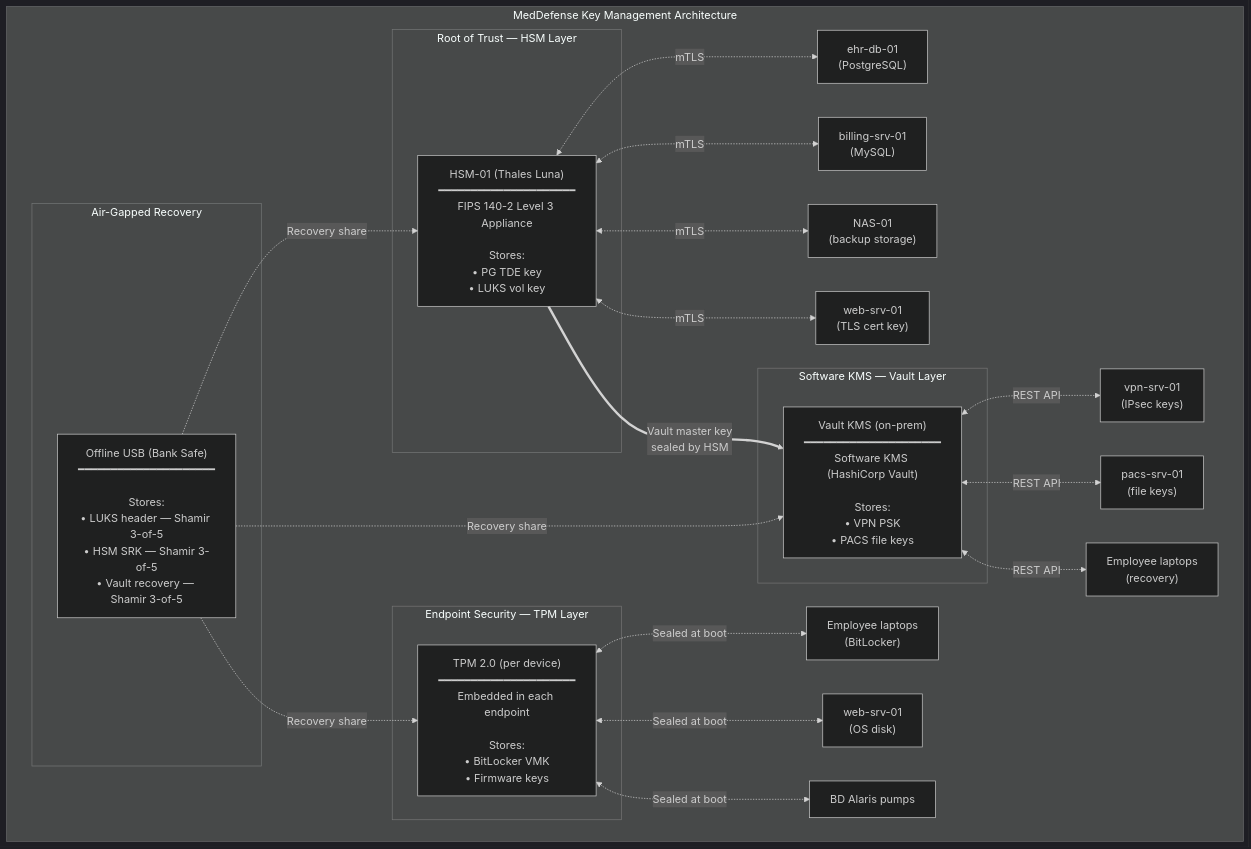
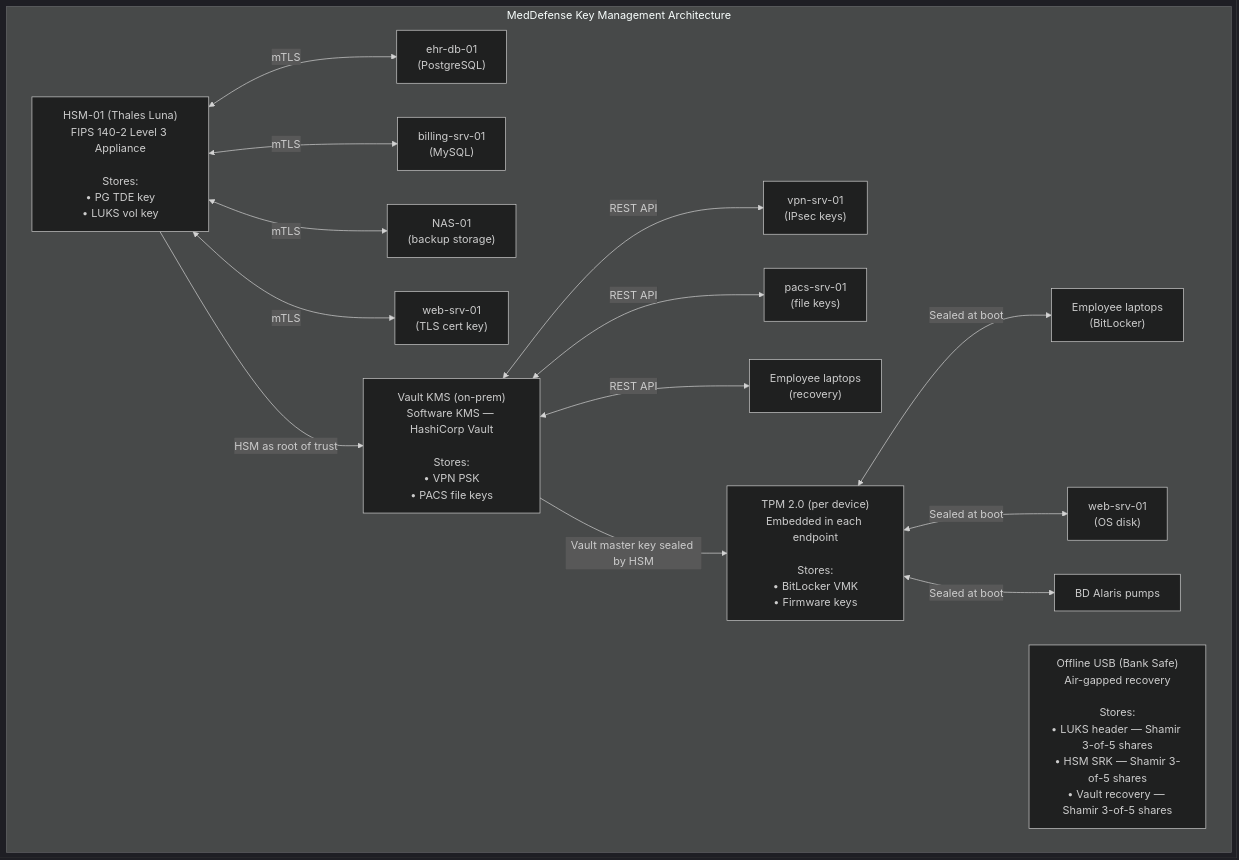
The diagram in blue_team/1x04_crypto_foundation/14-key_management.md (sreilly1977/dlh-cyber_security), drawn with Mermaid (dark theme) before and after one commit. The commit also changed other lines of this file, not shown here.

Commit message:
Second attempt at 14-key_management.md

````diff
--- a/blue_team/1x04_crypto_foundation/14-key_management.md
+++ b/blue_team/1x04_crypto_foundation/14-key_management.md
@@ -132,40 +176,43 @@
 ```mermaid
 flowchart TD
     subgraph Arch["MedDefense Key Management Architecture"]
 
-        subgraph Layer1["Root of Trust — HSM Layer"]
-            HSM["HSM-01 (Thales Luna)<br/>━━━━━━━━━━━━━━━━━━━━━<br/>FIPS 140-2 Level 3 Appliance<br/><br/>Stores:<br/>• PG TDE key<br/>• LUKS vol key"]
-        end
+        HSM["HSM-01 (Thales Luna)<br/>FIPS 140-2 Level 3 Appliance<br/><br/>Stores:<br/>• PG TDE key<br/>• LUKS vol key"]
 
-        HSM <-. mTLS .-> EHR["ehr-db-01<br/>(PostgreSQL)"]
-        HSM <-. mTLS .-> BILL["billing-srv-01<br/>(MySQL)"]
-        HSM <-. mTLS .-> NAS["NAS-01<br/>(backup storage)"]
-        HSM <-. mTLS .-> WEBSRV["web-srv-01<br/>(TLS cert key)"]
+        EHR["ehr-db-01<br/>(PostgreSQL)"]
+        BILL["billing-srv-01<br/>(MySQL)"]
+        NAS["NAS-01<br/>(backup storage)"]
+        WEBSRV["web-srv-01<br/>(TLS cert key)"]
 
-        subgraph Layer2["Software KMS — Vault Layer"]
-            VAULT["Vault KMS (on-prem)<br/>━━━━━━━━━━━━━━━━━━━━━<br/>Software KMS (HashiCorp Vault)<br/><br/>Stores:<br/>• VPN PSK<br/>• PACS file keys"]
-        end
+        HSM <-- mTLS --> EHR
+        HSM <-- mTLS --> BILL
+        HSM <-- mTLS --> NAS
+        HSM <-- mTLS --> WEBSRV
 
-        HSM ==>|"Vault master key<br/>sealed by HSM"| VAULT
+        HSM -->|"HSM as root of trust"| VAULT
 
-        VAULT <-. REST API .-> VPN["vpn-srv-01<br/>(IPsec keys)"]
-        VAULT <-. REST API .-> PACS["pacs-srv-01<br/>(file keys)"]
-        VAULT <-. REST API .-> LAPREC["Employee laptops<br/>(recovery)"]
+        VAULT["Vault KMS (on-prem)<br/>Software KMS — HashiCorp Vault<br/><br/>Stores:<br/>• VPN PSK<br/>• PACS file keys"]
 
-        subgraph Layer3["Endpoint Security — TPM Layer"]
-            TPM["TPM 2.0 (per device)<br/>━━━━━━━━━━━━━━━━━━━━━<br/>Embedded in each endpoint<br/><br/>Stores:<br/>• BitLocker VMK<br/>• Firmware keys"]
-        end
+        VPN["vpn-srv-01<br/>(IPsec keys)"]
+        PACS["pacs-srv-01<br/>(file keys)"]
+        LAPREC["Employee laptops<br/>(recovery)"]
 
-        TPM <-. Sealed at boot .-> BL_LT["Employee laptops<br/>(BitLocker)"]
-        TPM <-. Sealed at boot .-> BL_WEB["web-srv-01<br/>(OS disk)"]
-        TPM <-. Sealed at boot .-> BL_ALARIS["BD Alaris pumps"]
+        VAULT <-- REST API --> VPN
+        VAULT <-- REST API --> PACS
+        VAULT <-- REST API --> LAPREC
 
-        subgraph Layer4["Air-Gapped Recovery"]
-            USB["Offline USB (Bank Safe)<br/>━━━━━━━━━━━━━━━━━━━━━<br/><br/>Stores:<br/>• LUKS header — Shamir 3-of-5<br/>• HSM SRK — Shamir 3-of-5<br/>• Vault recovery — Shamir 3-of-5"]
-        end
+        VAULT -->|"Vault master key sealed by HSM"| TPM
 
-        USB -.->|"Recovery share"| HSM
-        USB -.->|"Recovery share"| VAULT
-        USB -.->|"Recovery share"| TPM
+        TPM["TPM 2.0 (per device)<br/>Embedded in each endpoint<br/><br/>Stores:<br/>• BitLocker VMK<br/>• Firmware keys"]
+
+        LAPBL["Employee laptops<br/>(BitLocker)"]
+        WEBOS["web-srv-01<br/>(OS disk)"]
+        ALARIS["BD Alaris pumps"]
+
+        TPM <-- Sealed at boot --> LAPBL
+        TPM <-- Sealed at boot --> WEBOS
+        TPM <-- Sealed at boot --> ALARIS
+
+        USB["Offline USB (Bank Safe)<br/>Air-gapped recovery<br/><br/>Stores:<br/>• LUKS header — Shamir 3-of-5 shares<br/>• HSM SRK — Shamir 3-of-5 shares<br/>• Vault recovery — Shamir 3-of-5 shares"]
     end
 ```
````
